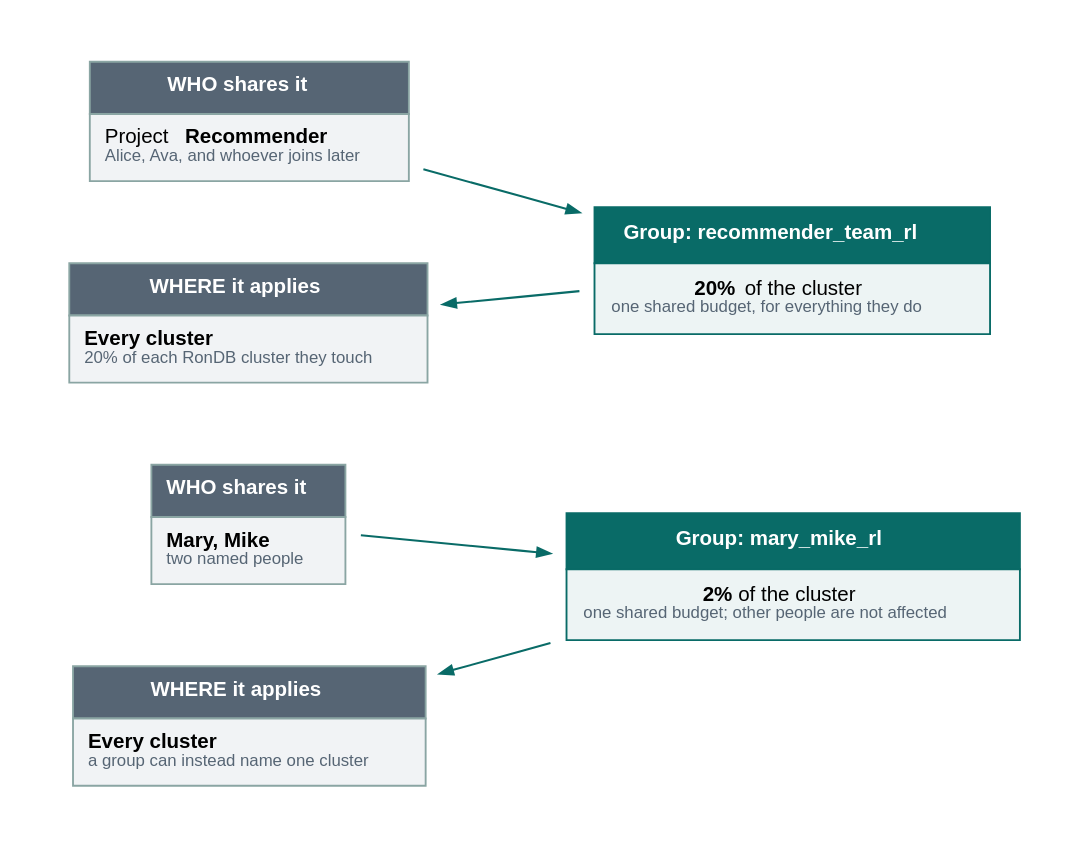
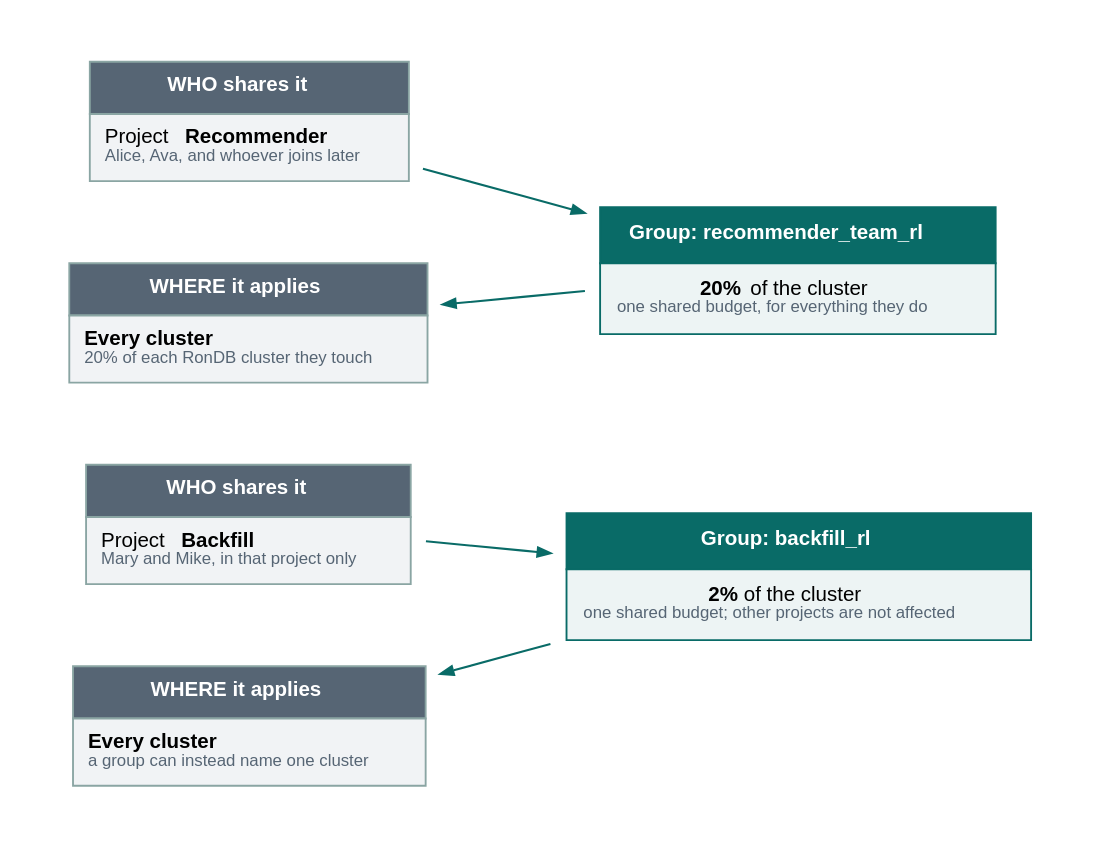
One commit to logicalclocks/rondb changed the diagram in storage/ndb/rest-server2/server/docs/rate-limit-groups/img/v2/group-concept.dot. Above: the diagram before and after it, drawn with Graphviz. The commit also changed 32 other files, not shown here.

```diff
--- a/storage/ndb/rest-server2/server/docs/rate-limit-groups/img/v2/group-concept.dot
+++ b/storage/ndb/rest-server2/server/docs/rate-limit-groups/img/v2/group-concept.dot
@@ -1,49 +1,49 @@
 digraph groupconcept {
   rankdir=LR; newrank=true;
   graph [fontname="Helvetica", fontsize=11, pad=0.3, nodesep=0.5, ranksep=0.8, bgcolor="white"];
   node  [shape=plaintext, fontname="Helvetica", fontsize=11];
   edge  [fontname="Helvetica", fontsize=9, color="#096b67", arrowsize=0.7, penwidth=1.1];
 
   who1 [label=<
 <TABLE BORDER="0" CELLBORDER="1" CELLSPACING="0" CELLPADDING="7" COLOR="#8aa5a3">
  <TR><TD BGCOLOR="#566574"><FONT COLOR="white"><B>WHO shares it</B></FONT></TD></TR>
  <TR><TD BGCOLOR="#f1f3f5" ALIGN="LEFT">Project <B>Recommender</B><BR ALIGN="LEFT"/><FONT POINT-SIZE="9" COLOR="#566574">Alice, Ava, and whoever joins later</FONT></TD></TR>
 </TABLE>>];
 
   bucket1 [label=<
 <TABLE BORDER="0" CELLBORDER="1" CELLSPACING="0" CELLPADDING="8" COLOR="#096b67">
  <TR><TD BGCOLOR="#096b67"><FONT COLOR="white"><B>Group: recommender_team_rl</B></FONT></TD></TR>
  <TR><TD BGCOLOR="#edf4f4"><B>20%</B> of the cluster<BR/><FONT POINT-SIZE="9" COLOR="#566574">one shared budget, for everything they do</FONT></TD></TR>
 </TABLE>>];
 
   where1 [label=<
 <TABLE BORDER="0" CELLBORDER="1" CELLSPACING="0" CELLPADDING="7" COLOR="#8aa5a3">
  <TR><TD BGCOLOR="#566574"><FONT COLOR="white"><B>WHERE it applies</B></FONT></TD></TR>
  <TR><TD BGCOLOR="#f1f3f5" ALIGN="LEFT"><B>Every cluster</B><BR ALIGN="LEFT"/><FONT POINT-SIZE="9" COLOR="#566574">20% of each RonDB cluster they touch</FONT></TD></TR>
 </TABLE>>];
 
   who2 [label=<
 <TABLE BORDER="0" CELLBORDER="1" CELLSPACING="0" CELLPADDING="7" COLOR="#8aa5a3">
  <TR><TD BGCOLOR="#566574"><FONT COLOR="white"><B>WHO shares it</B></FONT></TD></TR>
- <TR><TD BGCOLOR="#f1f3f5" ALIGN="LEFT"><B>Mary, Mike</B><BR ALIGN="LEFT"/><FONT POINT-SIZE="9" COLOR="#566574">two named people</FONT></TD></TR>
+ <TR><TD BGCOLOR="#f1f3f5" ALIGN="LEFT">Project <B>Backfill</B><BR ALIGN="LEFT"/><FONT POINT-SIZE="9" COLOR="#566574">Mary and Mike, in that project only</FONT></TD></TR>
 </TABLE>>];
 
   bucket2 [label=<
 <TABLE BORDER="0" CELLBORDER="1" CELLSPACING="0" CELLPADDING="8" COLOR="#096b67">
- <TR><TD BGCOLOR="#096b67"><FONT COLOR="white"><B>Group: mary_mike_rl</B></FONT></TD></TR>
- <TR><TD BGCOLOR="#edf4f4"><B>2%</B> of the cluster<BR/><FONT POINT-SIZE="9" COLOR="#566574">one shared budget; other people are not affected</FONT></TD></TR>
+ <TR><TD BGCOLOR="#096b67"><FONT COLOR="white"><B>Group: backfill_rl</B></FONT></TD></TR>
+ <TR><TD BGCOLOR="#edf4f4"><B>2%</B> of the cluster<BR/><FONT POINT-SIZE="9" COLOR="#566574">one shared budget; other projects are not affected</FONT></TD></TR>
 </TABLE>>];
 
   where2 [label=<
 <TABLE BORDER="0" CELLBORDER="1" CELLSPACING="0" CELLPADDING="7" COLOR="#8aa5a3">
  <TR><TD BGCOLOR="#566574"><FONT COLOR="white"><B>WHERE it applies</B></FONT></TD></TR>
  <TR><TD BGCOLOR="#f1f3f5" ALIGN="LEFT"><B>Every cluster</B><BR ALIGN="LEFT"/><FONT POINT-SIZE="9" COLOR="#566574">a group can instead name one cluster</FONT></TD></TR>
 </TABLE>>];
 
   { rank=same; who1; where1; who2; where2; }
   who1 -> where1 -> who2 -> where2 [style=invis];
   who1 -> bucket1;
   where1 -> bucket1 [dir=back];
   who2 -> bucket2;
   where2 -> bucket2 [dir=back];
 }
```
